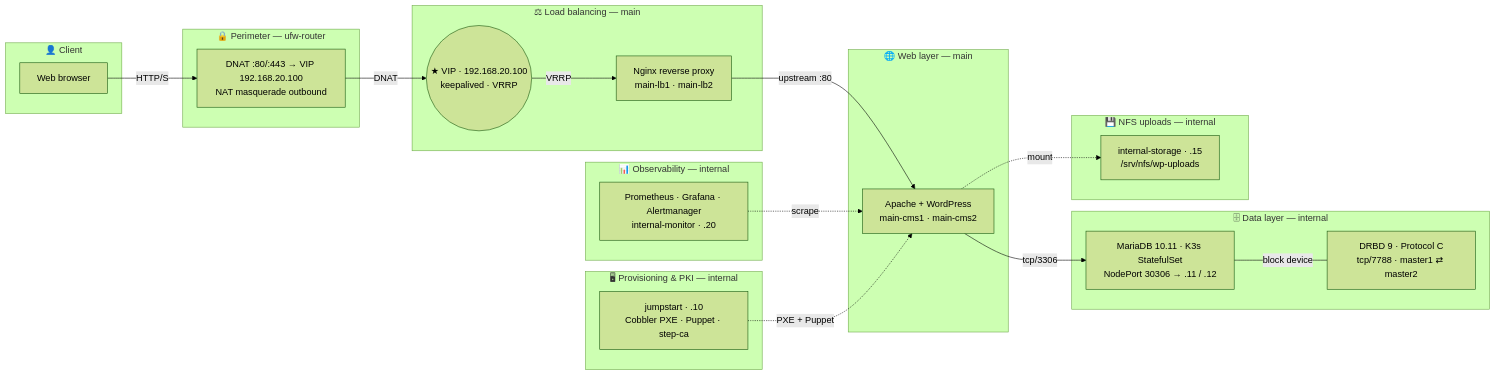
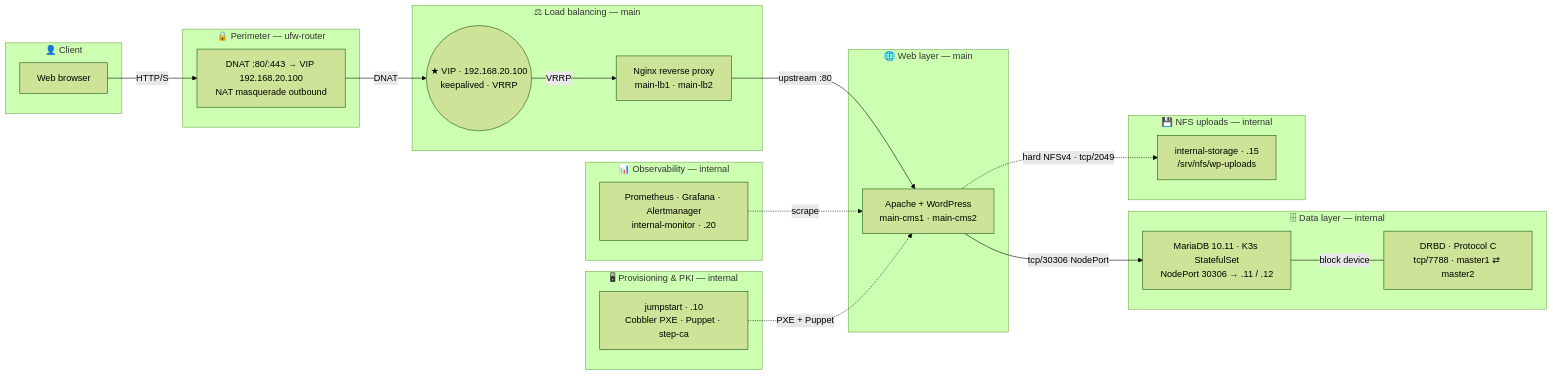
The second of 3 diagrams in docs/NETWORK_DIAGRAM.md (Aitor42/CMS-HA-Infrastructure), drawn with Mermaid (forest theme) before and after one commit. The commit also changed other lines of this file and 6 other files, not shown here.

````diff
--- a/docs/NETWORK_DIAGRAM.md
+++ b/docs/NETWORK_DIAGRAM.md
@@ -90,46 +95,46 @@
 ```mermaid
 graph LR
     subgraph ACCESS["👤 Client"]
         USER["Web browser"]
     end
 
     subgraph PERIMETER["🔒 Perimeter — ufw-router"]
         ROUTER["DNAT :80/:443 → VIP 192.168.20.100<br/>NAT masquerade outbound"]
     end
 
     subgraph LB_LAYER["⚖ Load balancing — main"]
         VIP(("★ VIP · 192.168.20.100<br/>keepalived · VRRP"))
         NGINX["Nginx reverse proxy<br/>main-lb1 · main-lb2"]
     end
 
     subgraph WEB_LAYER["🌐 Web layer — main"]
         APACHE["Apache + WordPress<br/>main-cms1 · main-cms2"]
     end
 
     subgraph DATA_LAYER["🗄 Data layer — internal"]
         MARIA["MariaDB 10.11 · K3s StatefulSet<br/>NodePort 30306 → .11 / .12"]
-        DRBD["DRBD 9 · Protocol C<br/>tcp/7788 · master1 ⇄ master2"]
+        DRBD["DRBD · Protocol C<br/>tcp/7788 · master1 ⇄ master2"]
     end
 
     subgraph STORAGE_LAYER["💾 NFS uploads — internal"]
         STORE["internal-storage · .15<br/>/srv/nfs/wp-uploads"]
     end
 
     subgraph OBSERVE["📊 Observability — internal"]
         PROM["Prometheus · Grafana · Alertmanager<br/>internal-monitor · .20"]
     end
 
     subgraph PROVISION["🖥 Provisioning & PKI — internal"]
         JS["jumpstart · .10<br/>Cobbler PXE · Puppet · step-ca"]
     end
 
     USER -->|"HTTP/S"| ROUTER
     ROUTER -->|"DNAT"| VIP
     VIP -->|"VRRP"| NGINX
     NGINX -->|"upstream :80"| APACHE
-    APACHE -->|"tcp/3306"| MARIA
+    APACHE -->|"tcp/30306 NodePort"| MARIA
     MARIA ---|"block device"| DRBD
-    APACHE -.->|"mount"| STORE
+    APACHE -.->|"hard NFSv4 · tcp/2049"| STORE
     PROM -.->|"scrape"| APACHE
     JS -.->|"PXE + Puppet"| APACHE
 ```
````
